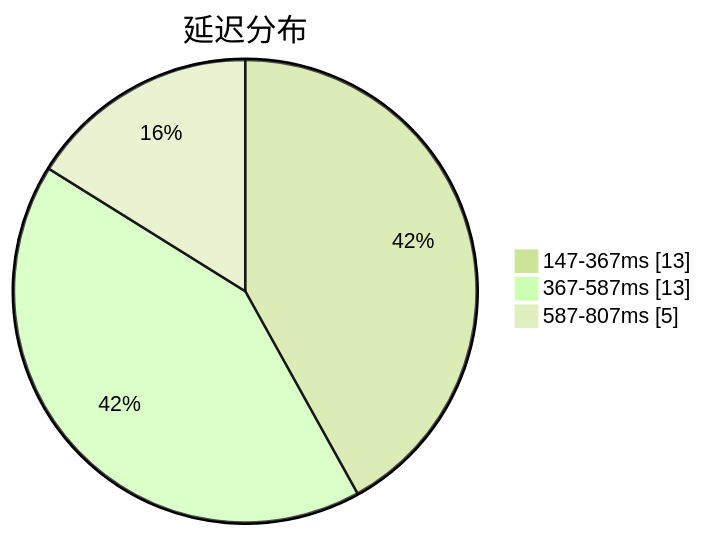
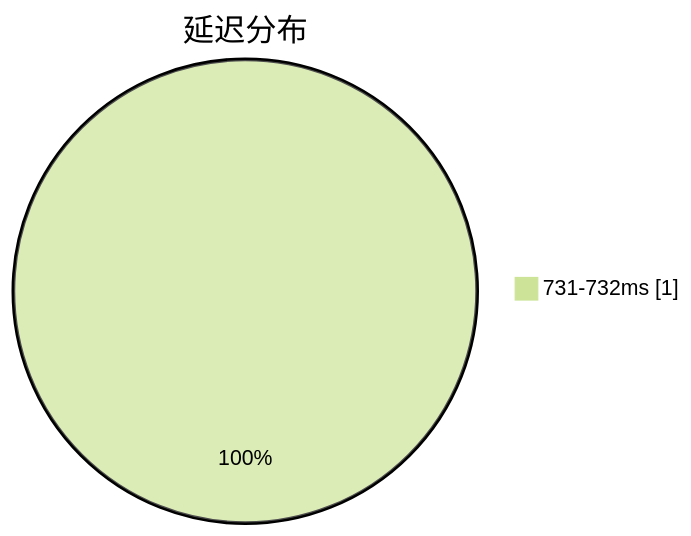
One commit to sinspired/airport changed the first of 3 diagrams in subs/statistics/tested_within.md. Above: the diagram before and after it, drawn with Mermaid (forest theme). The commit also changed other lines of this file and 2 other files, not shown here.

````diff
--- a/subs/statistics/tested_within.md
+++ b/subs/statistics/tested_within.md
@@ -2,7 +2,5 @@
 ```mermaid
 pie showData
 title 延迟分布
-"147-367ms" : 13
-"367-587ms" : 13
-"587-807ms" : 5
+"731-732ms" : 1
 ```
````
